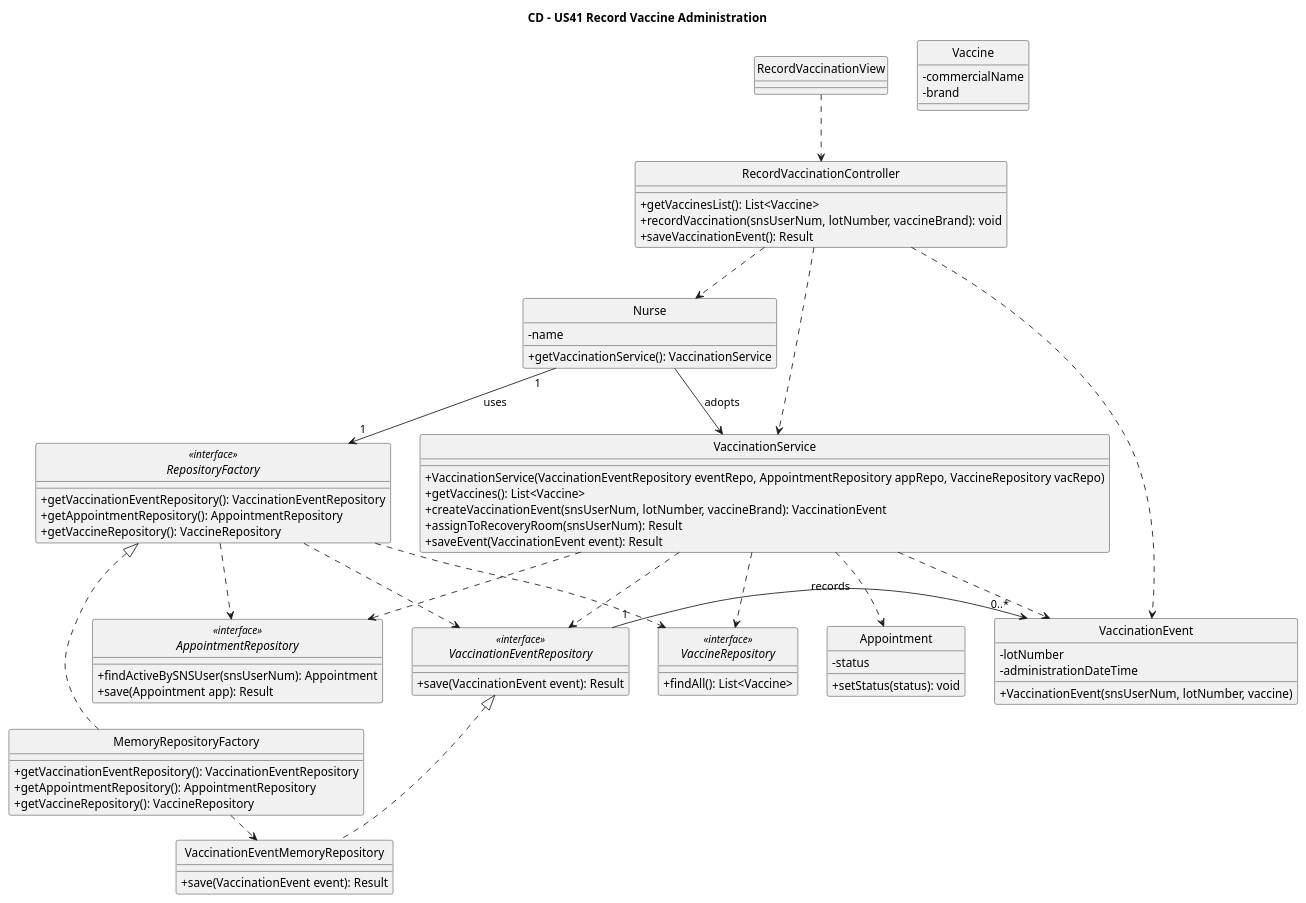
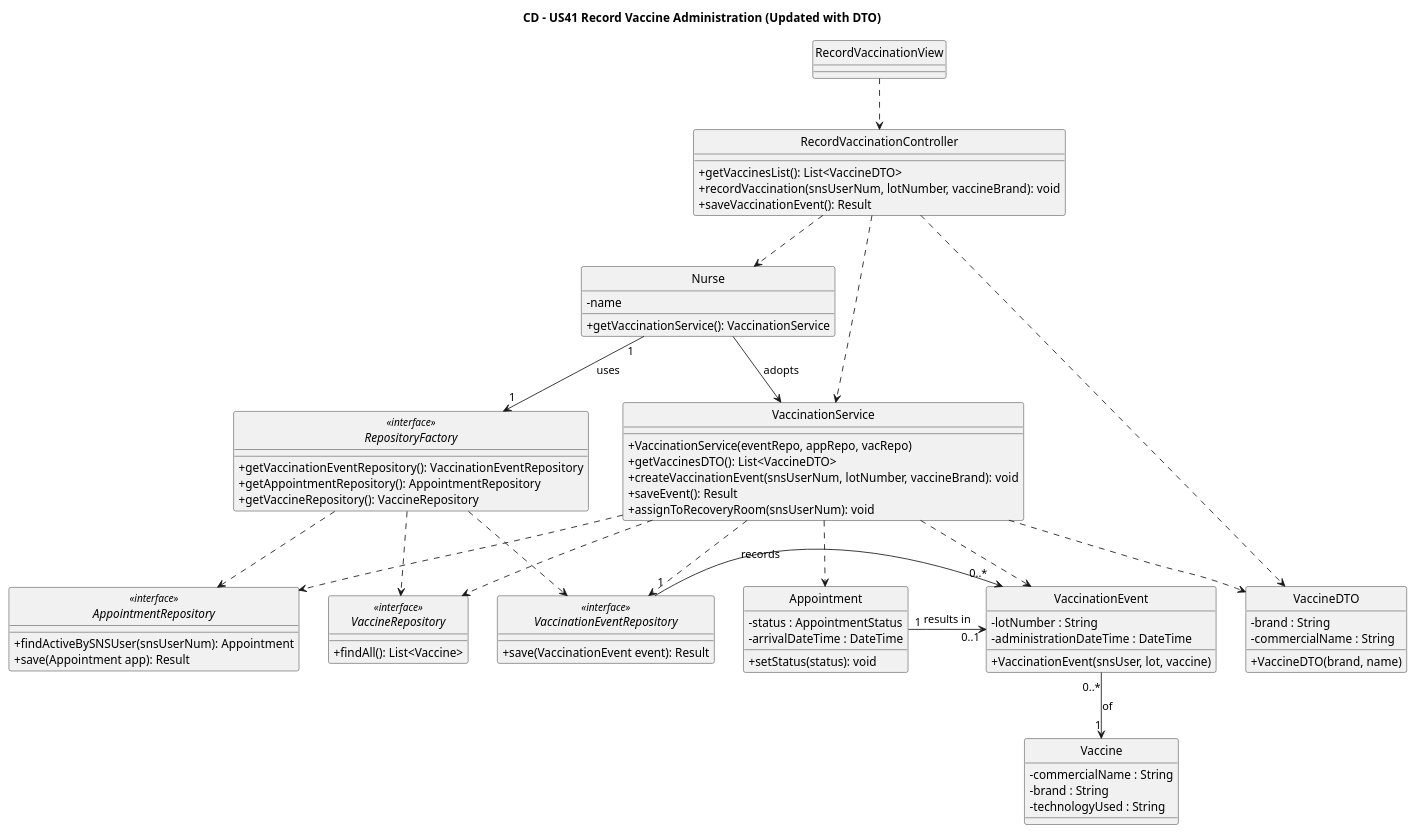
Before and after one commit to luluisfcm/leti-esoft-25-26-B5: the diagram in docs/system-documentation/US41/puml/US41-CD.puml, drawn with PlantUML. The commit also changed 5 other files, not shown here.

```diff
--- a/docs/system-documentation/US41/puml/US41-CD.puml
+++ b/docs/system-documentation/US41/puml/US41-CD.puml
@@ -1,106 +1,103 @@
 @startuml
-title CD – US41 Record Vaccine Administration
+title CD – US41 Record Vaccine Administration (Updated with DTO)
 
 hide circle
 skinparam classAttributeIconSize 0
 
 ' ===================== UI & Controller =====================
 class RecordVaccinationView {
 }
 
 class RecordVaccinationController {
-    + getVaccinesList(): List<Vaccine>
+    + getVaccinesList(): List<VaccineDTO>
     + recordVaccination(snsUserNum, lotNumber, vaccineBrand): void
     + saveVaccinationEvent(): Result
 }
 
 ' ===================== Actor & Service =====================
 class Nurse {
     - name
     + getVaccinationService(): VaccinationService
 }
 
 class VaccinationService {
-    + VaccinationService(VaccinationEventRepository eventRepo, AppointmentRepository appRepo, VaccineRepository vacRepo)
-    + getVaccines(): List<Vaccine>
-    + createVaccinationEvent(snsUserNum, lotNumber, vaccineBrand): VaccinationEvent
-    + assignToRecoveryRoom(snsUserNum): Result
-    + saveEvent(VaccinationEvent event): Result
+    + VaccinationService(eventRepo, appRepo, vacRepo)
+    + getVaccinesDTO(): List<VaccineDTO>
+    + createVaccinationEvent(snsUserNum, lotNumber, vaccineBrand): void
+    + saveEvent(): Result
+    + assignToRecoveryRoom(snsUserNum): void
+}
+
+' ===================== DTO =====================
+class VaccineDTO {
+    - brand : String
+    - commercialName : String
+    + VaccineDTO(brand, name)
 }
 
 ' ===================== Interfaces (Persistence) =====================
 interface VaccinationEventRepository <<interface>> {
     + save(VaccinationEvent event): Result
 }
 
 interface AppointmentRepository <<interface>> {
     + findActiveBySNSUser(snsUserNum): Appointment
     + save(Appointment app): Result
 }
 
 interface VaccineRepository <<interface>> {
     + findAll(): List<Vaccine>
 }
 
 interface RepositoryFactory <<interface>> {
     + getVaccinationEventRepository(): VaccinationEventRepository
     + getAppointmentRepository(): AppointmentRepository
     + getVaccineRepository(): VaccineRepository
 }
 
-' ===================== Implementations (Persistence) =====================
-class VaccinationEventMemoryRepository {
-    + save(VaccinationEvent event): Result
-}
-
-class MemoryRepositoryFactory {
-    + getVaccinationEventRepository(): VaccinationEventRepository
-    + getAppointmentRepository(): AppointmentRepository
-    + getVaccineRepository(): VaccineRepository
-}
-
 ' ===================== Entities =====================
 class VaccinationEvent {
-    - lotNumber
-    - administrationDateTime
-    + VaccinationEvent(snsUserNum, lotNumber, vaccine)
+    - lotNumber : String
+    - administrationDateTime : DateTime
+    + VaccinationEvent(snsUser, lot, vaccine)
 }
 
 class Appointment {
-    - status
+    - status : AppointmentStatus
+    - arrivalDateTime : DateTime
     + setStatus(status): void
 }
 
 class Vaccine {
-    - commercialName
-    - brand
+    - commercialName : String
+    - brand : String
+    - technologyUsed : String
 }
 
 ' ===================== Relationships =====================
-' UI and Logic
+' UI and Logic layer
 RecordVaccinationView ..> RecordVaccinationController
 RecordVaccinationController ..> Nurse
 RecordVaccinationController ..> VaccinationService
+RecordVaccinationController ..> VaccineDTO
 Nurse -> VaccinationService: adopts
-RecordVaccinationController ..> VaccinationEvent
 
-' Service and Domain
+' Service and Domain layer
 VaccinationService ..> VaccinationEventRepository
 VaccinationService ..> AppointmentRepository
 VaccinationService ..> VaccineRepository
 VaccinationService ..> VaccinationEvent
 VaccinationService ..> Appointment
+VaccinationService ..> VaccineDTO
 
 ' Factory and Repositories
 Nurse "1" -down-> "1" RepositoryFactory: uses
 VaccinationEventRepository "1" -right-> "0..*" VaccinationEvent: records
 RepositoryFactory ..> VaccinationEventRepository
 RepositoryFactory ..> AppointmentRepository
 RepositoryFactory ..> VaccineRepository
 
-' Implementations (Based on v2 example)
-VaccinationEventMemoryRepository .up.|> VaccinationEventRepository
-MemoryRepositoryFactory .up.|> RepositoryFactory
-MemoryRepositoryFactory .right.> VaccinationEventMemoryRepository
-
+' Entity relationship from DM
+Appointment "1" -right-> "0..1" VaccinationEvent : results in
+VaccinationEvent "0..*" --> "1" Vaccine : of
 @enduml
```
